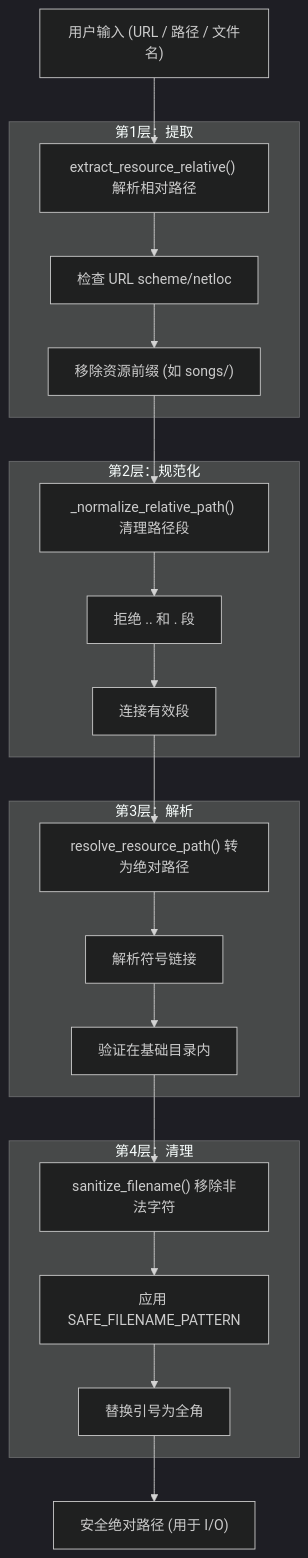
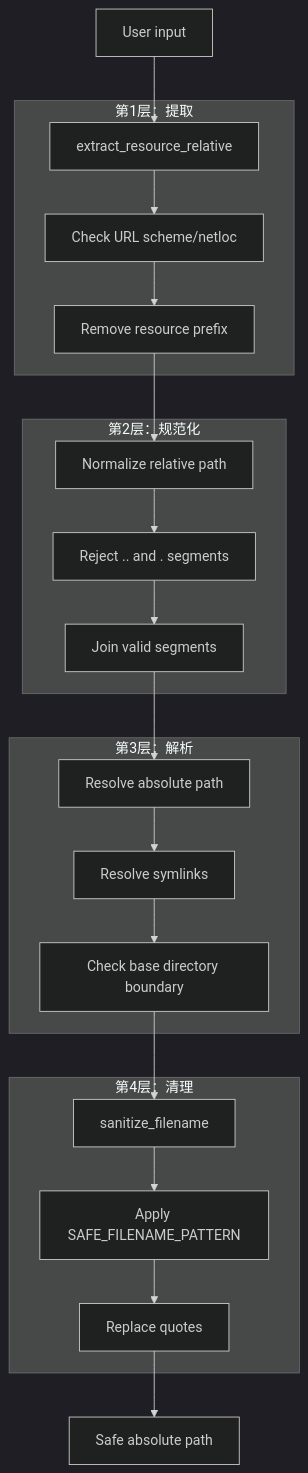
Before and after one commit to HKLHaoBin/LyricSphere: diagram 25 of 44 in README.md, drawn with Mermaid (dark theme). The commit also changed other lines of this file, not shown here.

First line of the commit message:
docs: 更新流程图中的中文标签为英文并优化格式

````diff
--- a/README.md
+++ b/README.md
@@ -2367,39 +2370,39 @@
 ```mermaid
 flowchart TD
-    UserInput["用户输入 (URL / 路径 / 文件名)"]
-    ExtractRelative["extract_resource_relative() 解析相对路径"]
-    CheckScheme["检查 URL scheme/netloc"]
-    RemovePrefix["移除资源前缀 (如 songs/)"]
-    NormalizePath["_normalize_relative_path() 清理路径段"]
-    CheckDots["拒绝 .. 和 . 段"]
-    JoinSegments["连接有效段"]
-    ResolveAbs["resolve_resource_path() 转为绝对路径"]
-    ResolveSymlinks["解析符号链接"]
-    BoundaryCheck["验证在基础目录内"]
-    SanitizeFilename["sanitize_filename() 移除非法字符"]
-    CleanPattern["应用 SAFE_FILENAME_PATTERN"]
-    ReplaceQuotes["替换引号为全角"]
-    SafePath["安全绝对路径 (用于 I/O)"]
+    UserInput["User input"]
+    ExtractRelative["extract_resource_relative"]
+    CheckScheme["Check URL scheme/netloc"]
+    RemovePrefix["Remove resource prefix"]
+    NormalizePath["Normalize relative path"]
+    CheckDots["Reject .. and . segments"]
+    JoinSegments["Join valid segments"]
+    ResolveAbs["Resolve absolute path"]
+    ResolveSymlinks["Resolve symlinks"]
+    BoundaryCheck["Check base directory boundary"]
+    SanitizeFilename["sanitize_filename"]
+    CleanPattern["Apply SAFE_FILENAME_PATTERN"]
+    ReplaceQuotes["Replace quotes"]
+    SafePath["Safe absolute path"]
 
     UserInput --> ExtractRelative
     RemovePrefix --> NormalizePath
     JoinSegments --> ResolveAbs
     BoundaryCheck --> SanitizeFilename
     ReplaceQuotes --> SafePath
 
-    subgraph Layer4Sanitization["第4层：清理"]
+    subgraph Layer4Sanitization[第4层：清理]
         SanitizeFilename --> CleanPattern --> ReplaceQuotes
     end
 
-    subgraph Layer3Resolution["第3层：解析"]
+    subgraph Layer3Resolution[第3层：解析]
         ResolveAbs --> ResolveSymlinks --> BoundaryCheck
     end
 
-    subgraph Layer2Normalization["第2层：规范化"]
+    subgraph Layer2Normalization[第2层：规范化]
         NormalizePath --> CheckDots --> JoinSegments
     end
 
-    subgraph Layer1Extraction["第1层：提取"]
+    subgraph Layer1Extraction[第1层：提取]
         ExtractRelative --> CheckScheme --> RemovePrefix
     end
 ```
````
